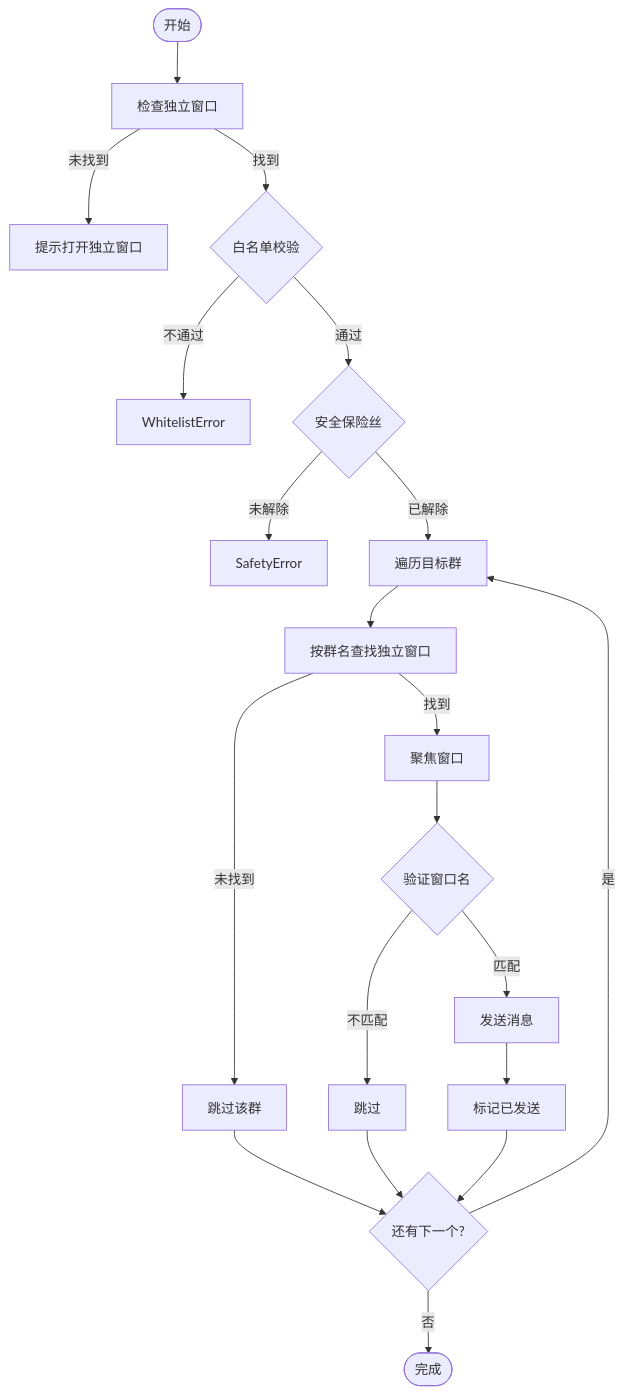
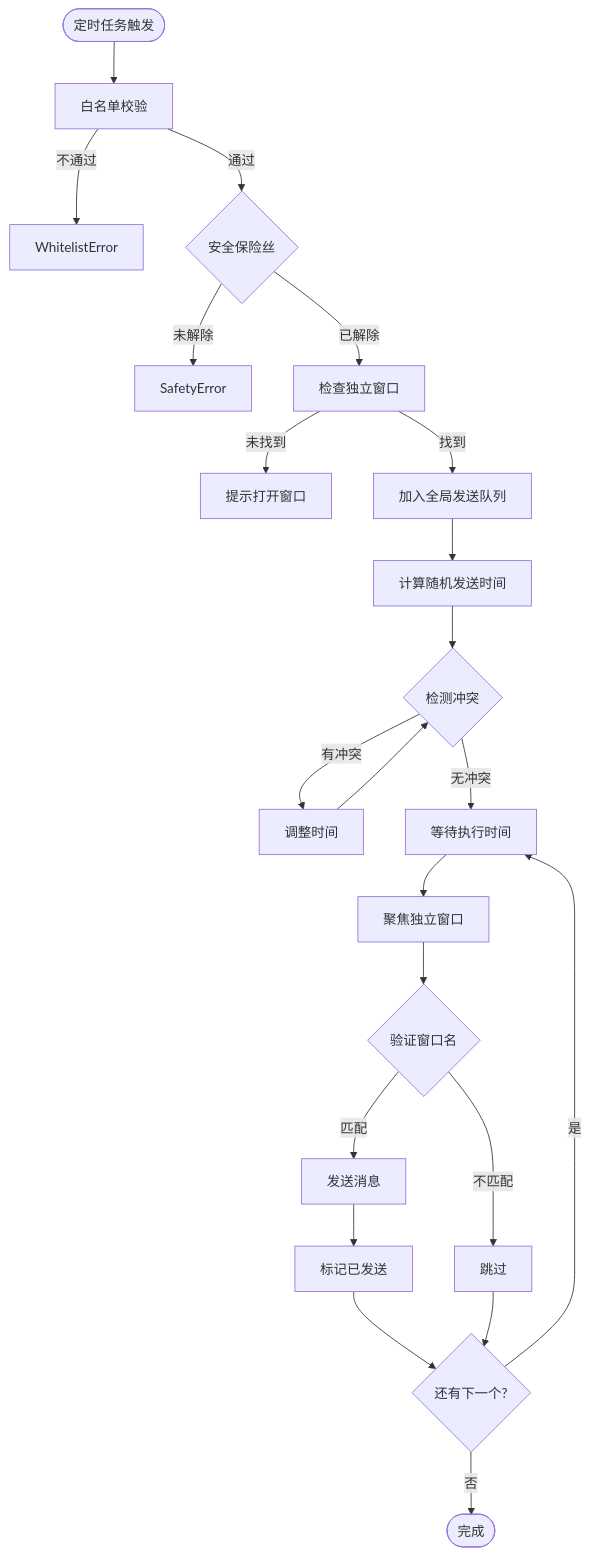
One commit to R2-D1-coder/chat-automation-hub changed the sixth of 9 diagrams in README.md. Above: the diagram before and after it, drawn with Mermaid. The commit also changed other lines of this file and 7 other files, not shown here.

````diff
--- a/README.md
+++ b/README.md
@@ -117,28 +229,32 @@
 ```mermaid
 flowchart TD
-    START([开始]) --> CHECK[检查独立窗口]
-    CHECK -->|未找到| ERROR1[提示打开独立窗口]
-    CHECK -->|找到| WHITELIST{白名单校验}
+    START([定时任务触发]) --> VALIDATE[白名单校验]
+    VALIDATE -->|不通过| ERROR1[WhitelistError]
+    VALIDATE -->|通过| SAFETY{安全保险丝}
     
-    WHITELIST -->|不通过| ERROR2[WhitelistError]
-    WHITELIST -->|通过| SAFETY{安全保险丝}
+    SAFETY -->|未解除| ERROR2[SafetyError]
+    SAFETY -->|已解除| WINDOWS[检查独立窗口]
     
-    SAFETY -->|未解除| ERROR3[SafetyError]
-    SAFETY -->|已解除| LOOP[遍历目标群]
+    WINDOWS -->|未找到| ERROR3[提示打开窗口]
+    WINDOWS -->|找到| QUEUE[加入全局发送队列]
     
-    LOOP --> FIND[按群名查找独立窗口]
-    FIND -->|未找到| SKIP1[跳过该群]
-    FIND -->|找到| FOCUS[聚焦窗口]
+    QUEUE --> SCHEDULE[计算随机发送时间]
+    SCHEDULE --> CONFLICT{检测冲突}
     
+    CONFLICT -->|有冲突| ADJUST[调整时间]
+    ADJUST --> CONFLICT
+    CONFLICT -->|无冲突| WAIT[等待执行时间]
+    
+    WAIT --> FOCUS[聚焦独立窗口]
     FOCUS --> VERIFY{验证窗口名}
-    VERIFY -->|不匹配| SKIP2[跳过]
+    
+    VERIFY -->|不匹配| SKIP[跳过]
     VERIFY -->|匹配| SEND[发送消息]
     
     SEND --> MARK[标记已发送]
     MARK --> NEXT{还有下一个?}
-    SKIP1 --> NEXT
-    SKIP2 --> NEXT
+    SKIP --> NEXT
     
-    NEXT -->|是| LOOP
+    NEXT -->|是| WAIT
     NEXT -->|否| DONE([完成])
 ```
````
